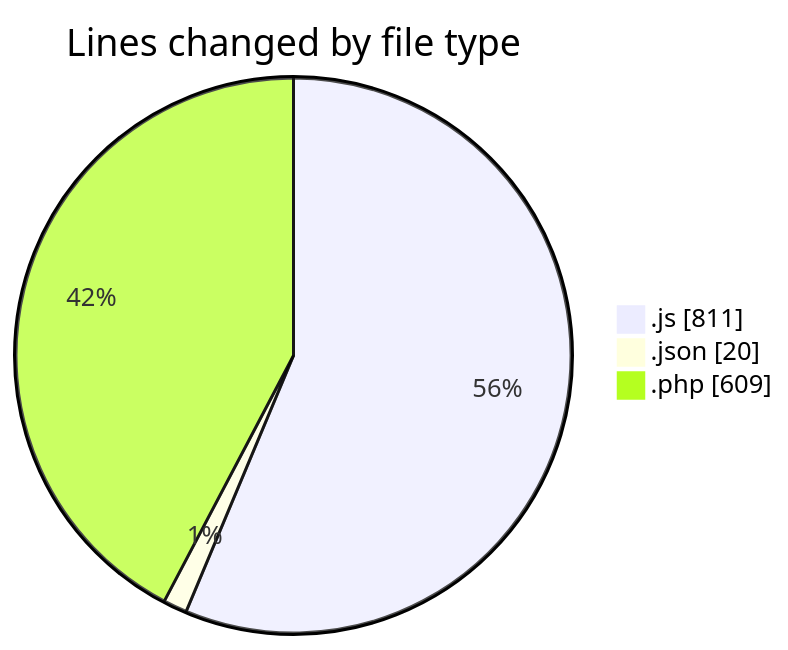
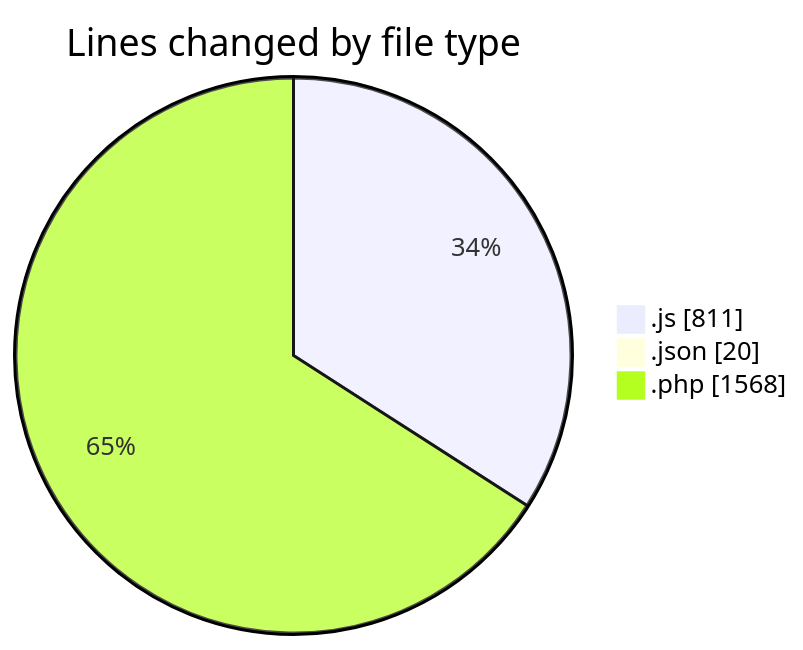
The first of 2 diagrams in 2025-10-01/untitled__workspace_/README.md (debugP/code-tracking), drawn with Mermaid before and after one commit. The commit also changed other lines of this file and 1 other file, not shown here.

````diff
--- a/2025-10-01/untitled__workspace_/README.md
+++ b/2025-10-01/untitled__workspace_/README.md
@@ -23,7 +24,7 @@
 ```mermaid
 pie showData
 title Lines changed by file type
 ".js" : 811
 ".json" : 20
-".php" : 609
+".php" : 1568
 ```
````
